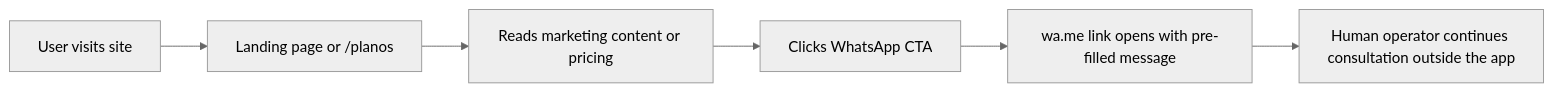
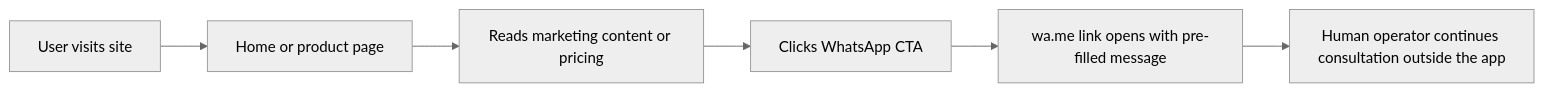
One commit to placa-no-zap/placasnozap changed the second of 2 diagrams in docs/architecture.md. Above: the diagram before and after it, drawn with Mermaid (neutral theme). The commit also changed other lines of this file and 16 other files, not shown here.

````diff
--- a/docs/architecture.md
+++ b/docs/architecture.md
@@ -87,8 +92,8 @@
 ```mermaid
 flowchart LR
-    visit["User visits site"] --> home["Landing page or /planos"]
+    visit["User visits site"] --> home["Home or product page"]
     home --> explore["Reads marketing content or pricing"]
     explore --> clickCta["Clicks WhatsApp CTA"]
     clickCta --> whatsapp["wa.me link opens with pre-filled message"]
     whatsapp --> operator["Human operator continues consultation outside the app"]
 ```
````
